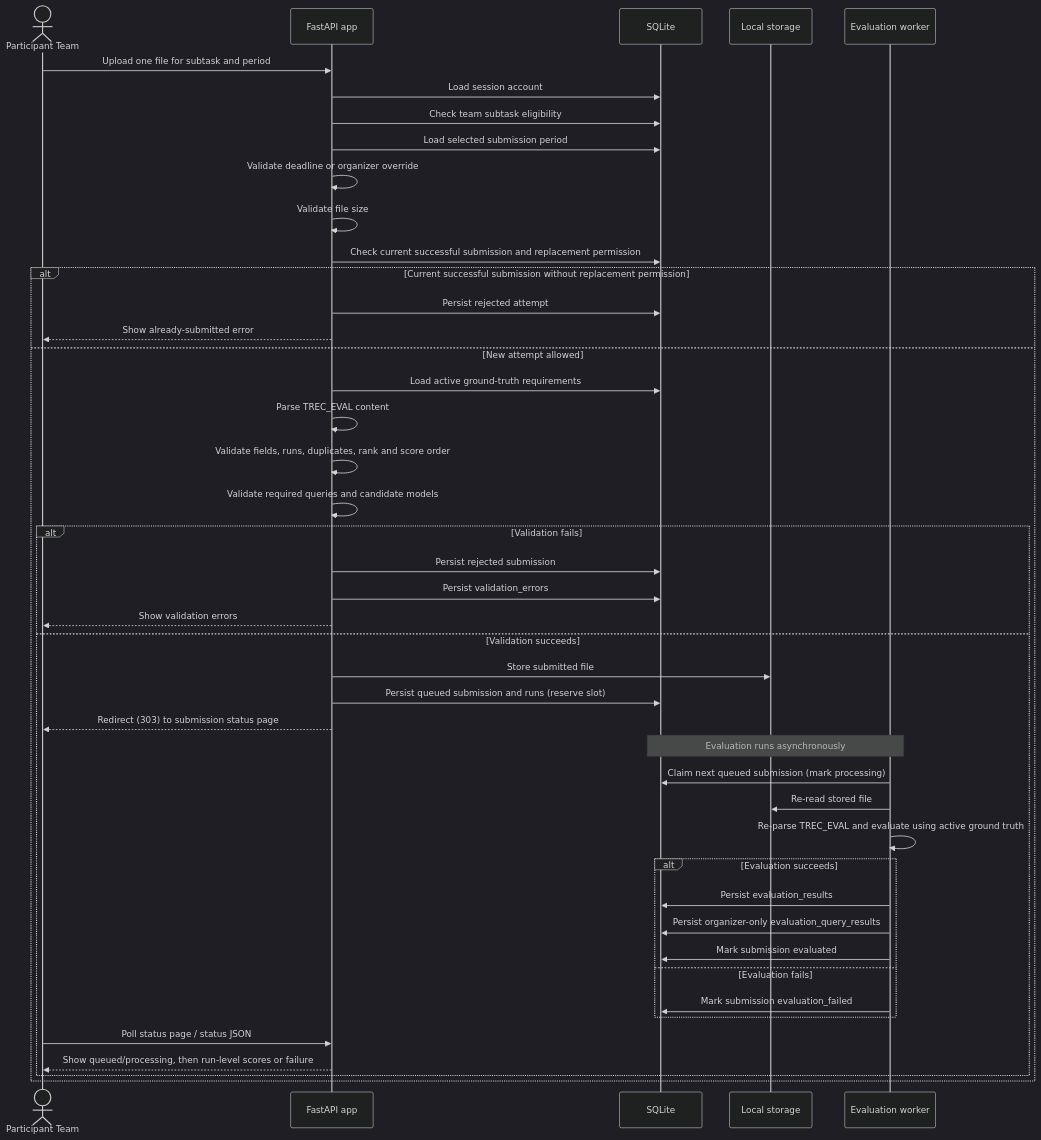
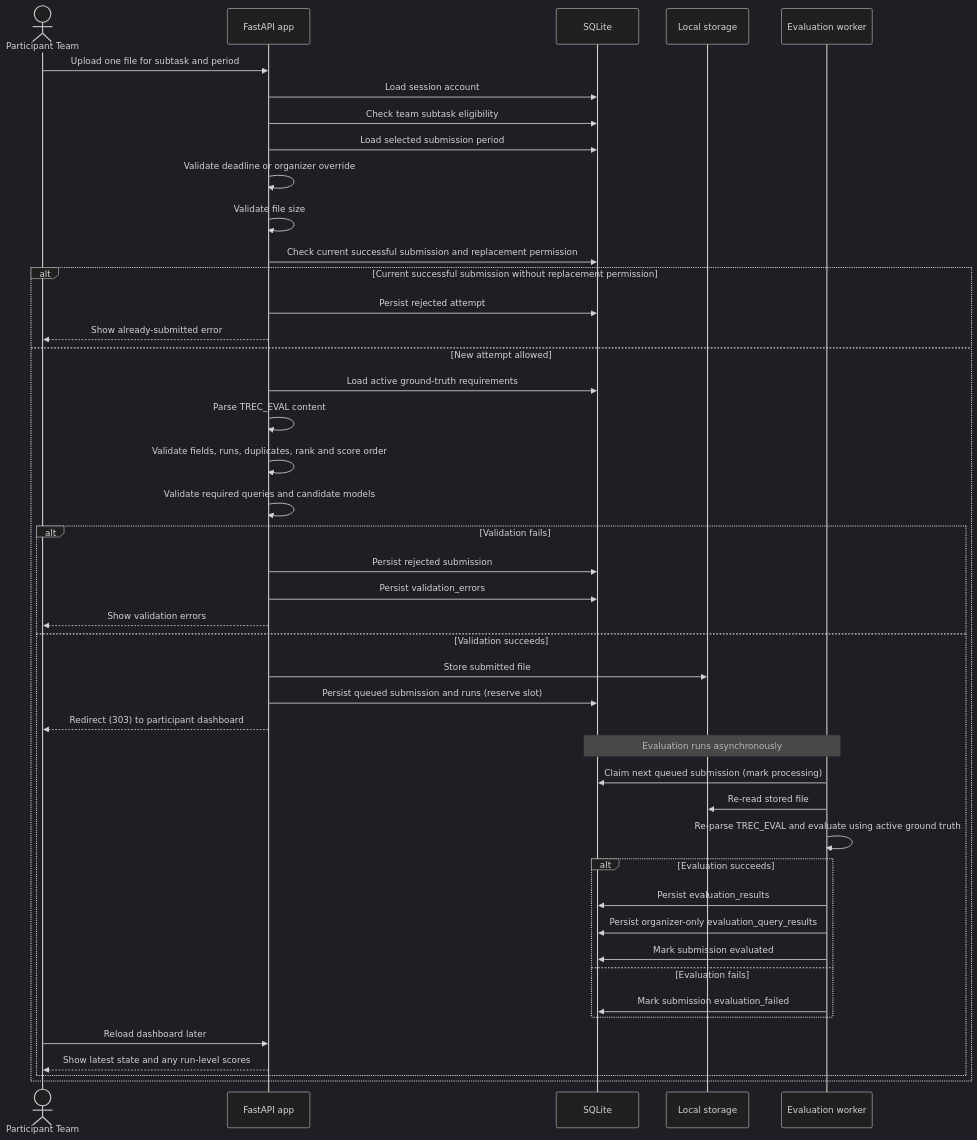
One commit to modelretrieval-1/modelretrieval-1-submission-site changed the diagram in docs/technical/submission-spec.md. Above: the diagram before and after it, drawn with Mermaid (dark theme). The commit also changed other lines of this file and 11 other files, not shown here.

Commit message:
feat(team): redirect valid uploads to dashboard

````diff
--- a/docs/technical/submission-spec.md
+++ b/docs/technical/submission-spec.md
@@ -23,51 +23,51 @@
 ```mermaid
 sequenceDiagram
   actor Team as Participant Team
   participant App as FastAPI app
   participant DB as SQLite
   participant Storage as Local storage
   participant Worker as Evaluation worker
 
   Team->>App: Upload one file for subtask and period
   App->>DB: Load session account
   App->>DB: Check team subtask eligibility
   App->>DB: Load selected submission period
   App->>App: Validate deadline or organizer override
   App->>App: Validate file size
   App->>DB: Check current successful submission and replacement permission
 
   alt Current successful submission without replacement permission
     App->>DB: Persist rejected attempt
     App-->>Team: Show already-submitted error
   else New attempt allowed
     App->>DB: Load active ground-truth requirements
     App->>App: Parse TREC_EVAL content
     App->>App: Validate fields, runs, duplicates, rank and score order
     App->>App: Validate required queries and candidate models
 
     alt Validation fails
       App->>DB: Persist rejected submission
       App->>DB: Persist validation_errors
       App-->>Team: Show validation errors
     else Validation succeeds
       App->>Storage: Store submitted file
       App->>DB: Persist queued submission and runs (reserve slot)
-      App-->>Team: Redirect (303) to submission status page
+      App-->>Team: Redirect (303) to participant dashboard
 
       Note over Worker,DB: Evaluation runs asynchronously
       Worker->>DB: Claim next queued submission (mark processing)
       Worker->>Storage: Re-read stored file
       Worker->>Worker: Re-parse TREC_EVAL and evaluate using active ground truth
 
       alt Evaluation succeeds
         Worker->>DB: Persist evaluation_results
         Worker->>DB: Persist organizer-only evaluation_query_results
         Worker->>DB: Mark submission evaluated
       else Evaluation fails
         Worker->>DB: Mark submission evaluation_failed
       end
-      Team->>App: Poll status page / status JSON
-      App-->>Team: Show queued/processing, then run-level scores or failure
+      Team->>App: Reload dashboard later
+      App-->>Team: Show latest state and any run-level scores
     end
   end
 ```
````
